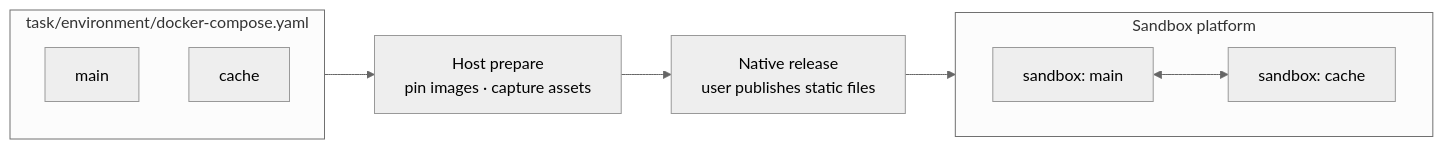
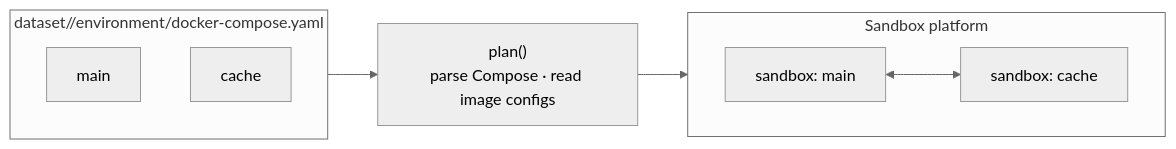
Before and after one commit to matrix72c/flotilla: the diagram in README.md, drawn with Mermaid (neutral theme). The commit also changed other lines of this file and 101 other files, not shown here.

````diff
--- a/README.md
+++ b/README.md
@@ -13,14 +16,13 @@
 ```mermaid
 flowchart LR
-    subgraph task["task/environment/docker-compose.yaml"]
+    subgraph task["dataset/<task>/environment/docker-compose.yaml"]
         m[main]
         c[cache]
     end
-    task --> F["Host prepare<br/>pin images · capture assets"]
-    F --> R["Native release<br/>user publishes static files"]
-    R --> P
+    task --> F["plan()<br/>parse Compose · read image configs"]
+    F --> P
     subgraph P["Sandbox platform"]
         direction LR
         sm["sandbox: main"] <--> sc["sandbox: cache"]
     end
 ```
````
